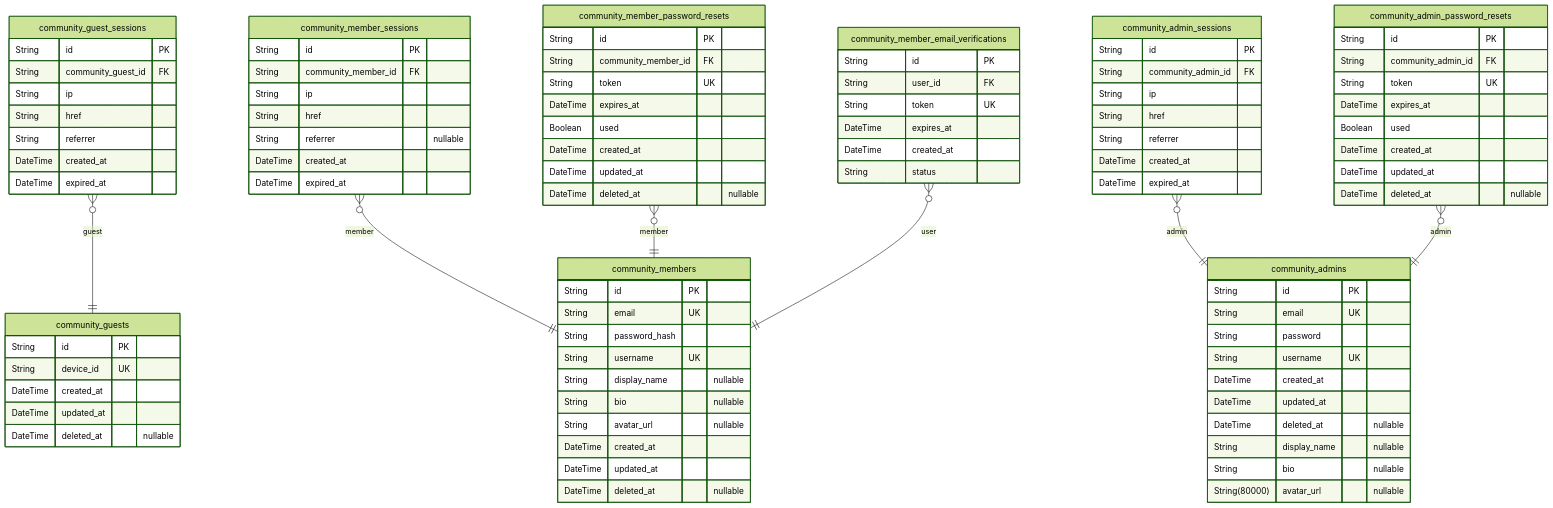
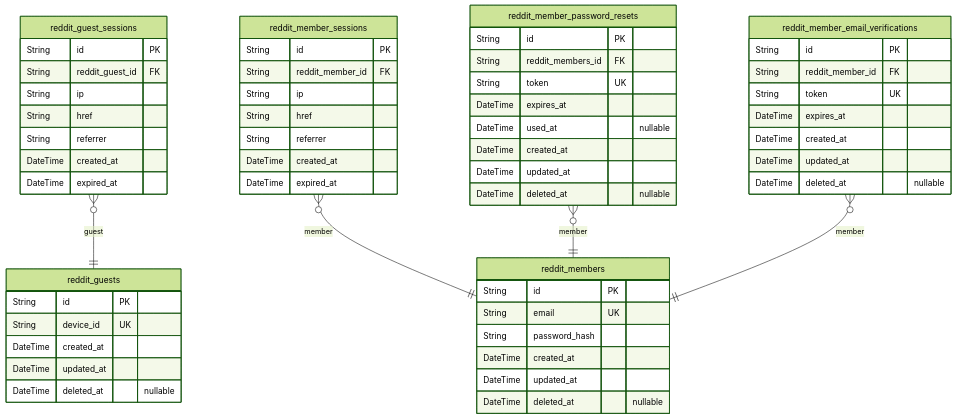
One commit to wrtnlabs/autobe-examples changed the first of 8 diagrams in qwen/qwen3-30b-a3b-thinking-2507/reddit/docs/ERD.md. Above: the diagram before and after it, drawn with Mermaid (forest theme). The commit also changed other lines of this file and 25939 other files, not shown here.

````diff
--- a/qwen/qwen3-30b-a3b-thinking-2507/reddit/docs/ERD.md
+++ b/qwen/qwen3-30b-a3b-thinking-2507/reddit/docs/ERD.md
@@ -12,95 +16,59 @@
 ```mermaid
 erDiagram
-"community_guests" {
+"reddit_guests" {
   String id PK
   String device_id UK
   DateTime created_at
   DateTime updated_at
   DateTime deleted_at "nullable"
 }
-"community_guest_sessions" {
+"reddit_guest_sessions" {
   String id PK
-  String community_guest_id FK
+  String reddit_guest_id FK
   String ip
   String href
   String referrer
   DateTime created_at
   DateTime expired_at
 }
-"community_members" {
+"reddit_members" {
   String id PK
   String email UK
   String password_hash
-  String username UK
-  String display_name "nullable"
-  String bio "nullable"
-  String avatar_url "nullable"
   DateTime created_at
   DateTime updated_at
   DateTime deleted_at "nullable"
 }
-"community_member_sessions" {
+"reddit_member_sessions" {
   String id PK
-  String community_member_id FK
-  String ip
-  String href
-  String referrer "nullable"
-  DateTime created_at
-  DateTime expired_at
-}
-"community_member_password_resets" {
-  String id PK
-  String community_member_id FK
-  String token UK
-  DateTime expires_at
-  Boolean used
-  DateTime created_at
-  DateTime updated_at
-  DateTime deleted_at "nullable"
-}
-"community_member_email_verifications" {
-  String id PK
-  String user_id FK
-  String token UK
-  DateTime expires_at
-  DateTime created_at
-  String status
-}
-"community_admins" {
-  String id PK
-  String email UK
-  String password
-  String username UK
-  DateTime created_at
-  DateTime updated_at
-  DateTime deleted_at "nullable"
-  String display_name "nullable"
-  String bio "nullable"
-  String(80000) avatar_url "nullable"
-}
-"community_admin_sessions" {
-  String id PK
-  String community_admin_id FK
+  String reddit_member_id FK
   String ip
   String href
   String referrer
   DateTime created_at
   DateTime expired_at
 }
-"community_admin_password_resets" {
+"reddit_member_password_resets" {
   String id PK
-  String community_admin_id FK
+  String reddit_members_id FK
   String token UK
   DateTime expires_at
-  Boolean used
+  DateTime used_at "nullable"
   DateTime created_at
   DateTime updated_at
   DateTime deleted_at "nullable"
 }
-"community_guest_sessions" }o--|| "community_guests" : guest
-"community_member_sessions" }o--|| "community_members" : member
-"community_member_password_resets" }o--|| "community_members" : member
-"community_member_email_verifications" }o--|| "community_members" : user
-"community_admin_sessions" }o--|| "community_admins" : admin
-"community_admin_password_resets" }o--|| "community_admins" : admin
+"reddit_member_email_verifications" {
+  String id PK
+  String reddit_member_id FK
+  String token UK
+  DateTime expires_at
+  DateTime created_at
+  DateTime updated_at
+  DateTime deleted_at "nullable"
+}
+"reddit_guest_sessions" }o--|| "reddit_guests" : guest
+"reddit_member_sessions" }o--|| "reddit_members" : member
+"reddit_member_password_resets" }o--|| "reddit_members" : member
+"reddit_member_email_verifications" }o--|| "reddit_members" : member
 ```
````
